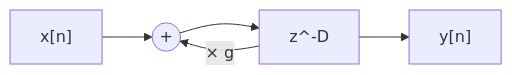
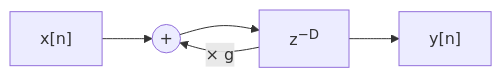
One commit to TomHsieh300/DAW-for-fun changed the first of 11 diagrams in lessons/12-reverb/README.md. Above: the diagram before and after it, drawn with Mermaid. The commit also changed other lines of this file and 19 other files, not shown here.

First line of the commit message:
lessons: typeset subscripts and superscripts in Mermaid labels

````diff
--- a/lessons/12-reverb/README.md
+++ b/lessons/12-reverb/README.md
@@ -97,7 +97,7 @@
 ```mermaid
 flowchart LR
     X["x[n]"] --> S(("#43;"))
-    S --> D["z^-D"]
+    S --> D["z<sup>−D</sup>"]
     D --> Y["y[n]"]
     D -->|"× g"| S
 ```
````
